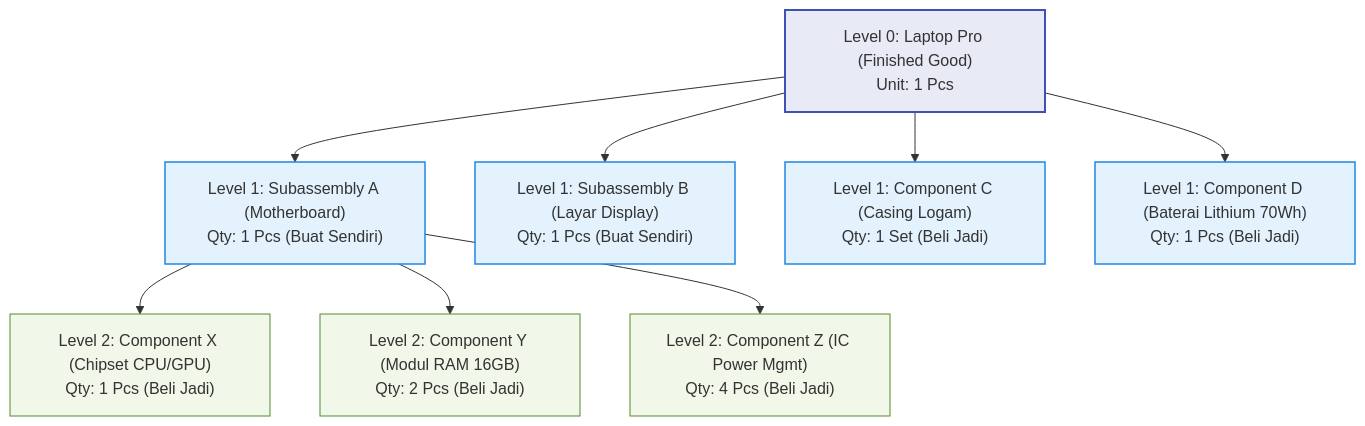
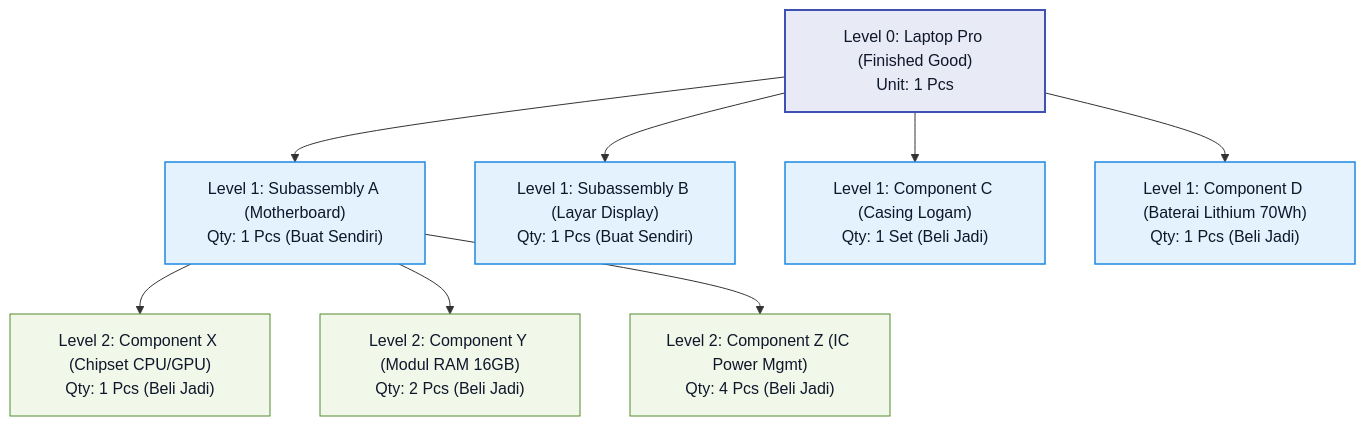
The first of 2 diagrams in content/06-manufacturing/product-structure-and-bom.md (alimurrofid/erp-notes), drawn with Mermaid before and after one commit. The commit also changed 15 other files, not shown here.

Commit message:
fix(content):Mermaid classDef darkmode text color

````diff
--- a/content/06-manufacturing/product-structure-and-bom.md
+++ b/content/06-manufacturing/product-structure-and-bom.md
@@ -27,30 +27,30 @@
 ```mermaid
 flowchart TD
     FG["Level 0: Laptop Pro (Finished Good)<br/>Unit: 1 Pcs"]
     
     SA1["Level 1: Subassembly A (Motherboard)<br/>Qty: 1 Pcs (Buat Sendiri)"]
     SA2["Level 1: Subassembly B (Layar Display)<br/>Qty: 1 Pcs (Buat Sendiri)"]
     PartC["Level 1: Component C (Casing Logam)<br/>Qty: 1 Set (Beli Jadi)"]
     PartD["Level 1: Component D (Baterai Lithium 70Wh)<br/>Qty: 1 Pcs (Beli Jadi)"]
     
     PartX["Level 2: Component X (Chipset CPU/GPU)<br/>Qty: 1 Pcs (Beli Jadi)"]
     PartY["Level 2: Component Y (Modul RAM 16GB)<br/>Qty: 2 Pcs (Beli Jadi)"]
     PartZ["Level 2: Component Z (IC Power Mgmt)<br/>Qty: 4 Pcs (Beli Jadi)"]
     
     FG --> SA1
     FG --> SA2
     FG --> PartC
     FG --> PartD
     
     SA1 --> PartX
     SA1 --> PartY
     SA1 --> PartZ
 
-    classDef level0 fill:#e8eaf6,stroke:#3f51b5,stroke-width:2px;
-    classDef level1 fill:#e3f2fd,stroke:#1e88e5,stroke-width:1.5px;
-    classDef level2 fill:#f1f8e9,stroke:#558b2f,stroke-width:1px;
+    classDef level0 fill:#e8eaf6,stroke:#3f51b5,stroke-width:2px,color:#0f172a;
+    classDef level1 fill:#e3f2fd,stroke:#1e88e5,stroke-width:1.5px,color:#0f172a;
+    classDef level2 fill:#f1f8e9,stroke:#558b2f,stroke-width:1px,color:#0f172a;
 
     class FG level0;
     class SA1,SA2,PartC,PartD level1;
     class PartX,PartY,PartZ level2;
 ```
````
